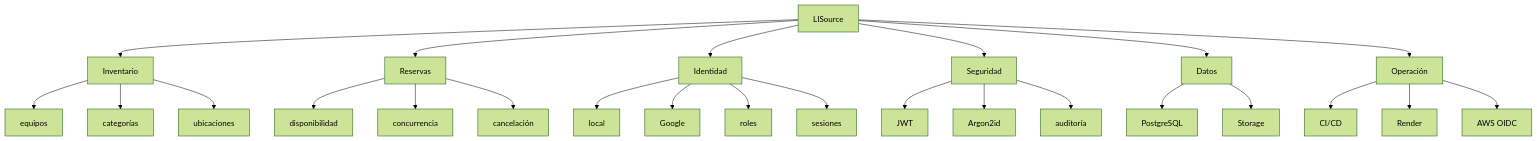
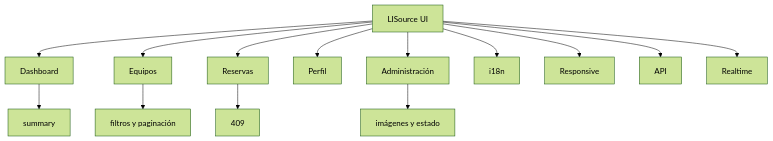
The third of 19 diagrams in lisource-frontend/README.md (lisudea/technical-test-2026-2), drawn with Mermaid (forest theme) before and after one commit. The commit also changed other lines of this file and 1 other file, not shown here.

````diff
--- a/lisource-frontend/README.md
+++ b/lisource-frontend/README.md
@@ -314,27 +267,16 @@
 ```mermaid
 flowchart TB
-  LISource[LISource] --> Inventario[Inventario]
-  Inventario --> Equipos[equipos]
-  Inventario --> Categorias[categorías]
-  Inventario --> Ubicaciones[ubicaciones]
-  LISource --> Reservas[Reservas]
-  Reservas --> Disponibilidad[disponibilidad]
-  Reservas --> Concurrencia[concurrencia]
-  Reservas --> Cancelacion[cancelación]
-  LISource --> Identidad[Identidad]
-  Identidad --> Local[local]
-  Identidad --> Google[Google]
-  Identidad --> Roles[roles]
-  Identidad --> Sesiones[sesiones]
-  LISource --> Seguridad[Seguridad]
-  Seguridad --> JWT[JWT]
-  Seguridad --> Argon2id[Argon2id]
-  Seguridad --> Auditoria[auditoría]
-  LISource --> Datos[Datos]
-  Datos --> PostgreSQL[PostgreSQL]
-  Datos --> Storage[Storage]
-  LISource --> Operacion[Operación]
-  Operacion --> CICD[CI/CD]
-  Operacion --> Render[Render]
-  Operacion --> OIDC[AWS OIDC]
+  UI[LISource UI] --> Dashboard[Dashboard]
+  UI --> Equipos[Equipos]
+  UI --> Reservas[Reservas]
+  UI --> Perfil[Perfil]
+  UI --> Admin[Administración]
+  UI --> I18n[i18n]
+  UI --> Responsive[Responsive]
+  UI --> API[API]
+  UI --> Realtime[Realtime]
+  Dashboard --> Summary[summary]
+  Equipos --> Filters[filtros y paginación]
+  Reservas --> Conflict[409]
+  Admin --> Imagenes[imágenes y estado]
 ```
````
